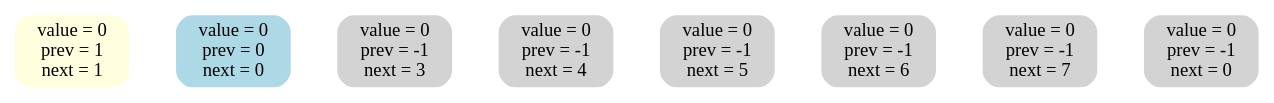
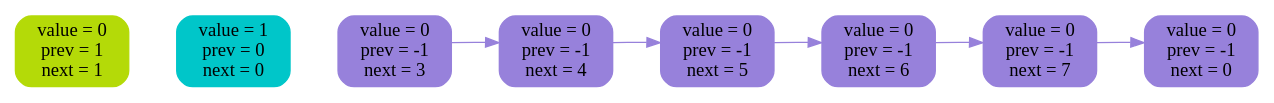
Before and after one commit to 2210223t-lang/2-linked-list: the diagram in list_log/img/2.dot, drawn with Graphviz. The commit also changed 29 other files, not shown here.

```diff
--- a/list_log/img/2.dot
+++ b/list_log/img/2.dot
@@ -1,18 +1,23 @@
 digraph {
 rankdir = LR
-n0 [ label = "value = 0\nprev = 1\nnext = 1", shape = Mrecord, fontsize = 14,style = filled, color = lightyellow ]
-n1 [ label = "value = 0\nprev = 0\nnext = 0", shape = Mrecord, fontsize = 14,style = filled, color = lightblue ]
-n2 [ label = "value = 0\nprev = -1\nnext = 3", shape = Mrecord, fontsize = 14,style = filled, color = lightgray ]
-n3 [ label = "value = 0\nprev = -1\nnext = 4", shape = Mrecord, fontsize = 14,style = filled, color = lightgray ]
-n4 [ label = "value = 0\nprev = -1\nnext = 5", shape = Mrecord, fontsize = 14,style = filled, color = lightgray ]
-n5 [ label = "value = 0\nprev = -1\nnext = 6", shape = Mrecord, fontsize = 14,style = filled, color = lightgray ]
-n6 [ label = "value = 0\nprev = -1\nnext = 7", shape = Mrecord, fontsize = 14,style = filled, color = lightgray ]
-n7 [ label = "value = 0\nprev = -1\nnext = 0", shape = Mrecord, fontsize = 14,style = filled, color = lightgray ]
+n0 [ label = "value = 0\nprev = 1\nnext = 1", shape = Mrecord, fontsize = 14,style = filled, color = "#b4da08" ]
+n1 [ label = "value = 1\nprev = 0\nnext = 0", shape = Mrecord, fontsize = 14,style = filled, color = "#00c6c9" ]
+n2 [ label = "value = 0\nprev = -1\nnext = 3", shape = Mrecord, fontsize = 14,style = filled, color = "#9781db" ]
+n3 [ label = "value = 0\nprev = -1\nnext = 4", shape = Mrecord, fontsize = 14,style = filled, color = "#9781db" ]
+n4 [ label = "value = 0\nprev = -1\nnext = 5", shape = Mrecord, fontsize = 14,style = filled, color = "#9781db" ]
+n5 [ label = "value = 0\nprev = -1\nnext = 6", shape = Mrecord, fontsize = 14,style = filled, color = "#9781db" ]
+n6 [ label = "value = 0\nprev = -1\nnext = 7", shape = Mrecord, fontsize = 14,style = filled, color = "#9781db" ]
+n7 [ label = "value = 0\nprev = -1\nnext = 0", shape = Mrecord, fontsize = 14,style = filled, color = "#9781db" ]
 n0 -> n1 [ style = invis, weight = 100 ]
 n1 -> n2 [ style = invis, weight = 100 ]
 n2 -> n3 [ style = invis, weight = 100 ]
 n3 -> n4 [ style = invis, weight = 100 ]
 n4 -> n5 [ style = invis, weight = 100 ]
 n5 -> n6 [ style = invis, weight = 100 ]
 n6 -> n7 [ style = invis, weight = 100 ]
+n2 -> n3 [style = filled, color = "#9781db" ]
+n3 -> n4 [style = filled, color = "#9781db" ]
+n4 -> n5 [style = filled, color = "#9781db" ]
+n5 -> n6 [style = filled, color = "#9781db" ]
+n6 -> n7 [style = filled, color = "#9781db" ]
 }
```
